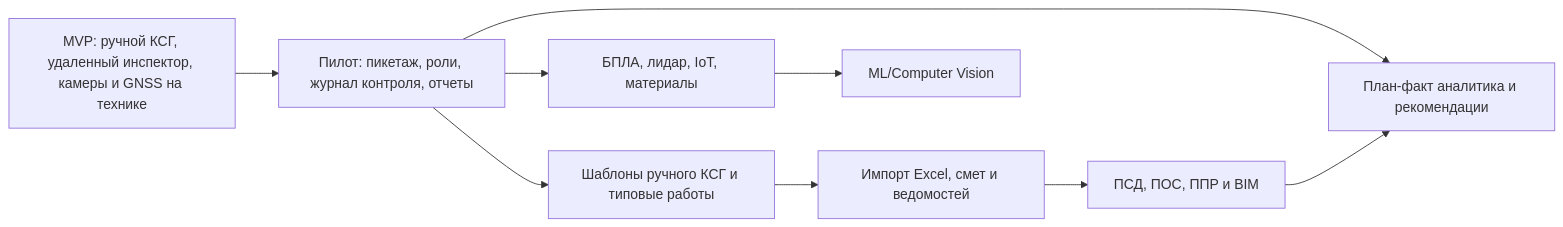
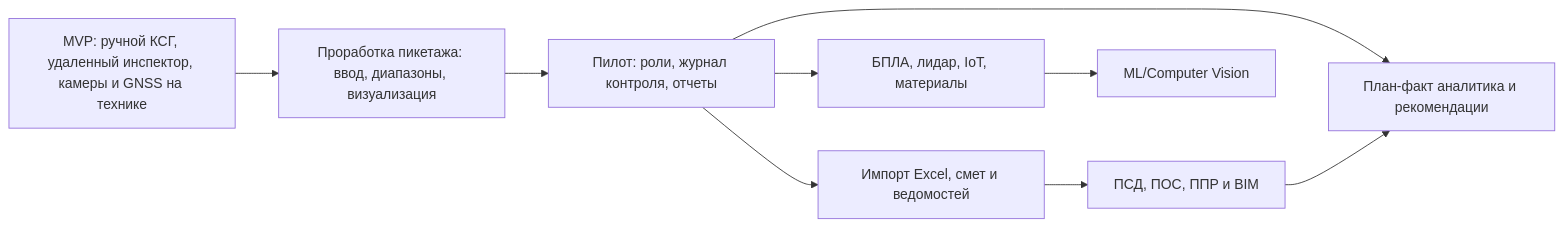
Before and after one commit to s21dlemanskiy/course-work: the diagram in 12-риски-и-развитие.md, drawn with Mermaid. The commit also changed other lines of this file and 10 other files, not shown here.

````diff
--- a/12-риски-и-развитие.md
+++ b/12-риски-и-развитие.md
@@ -29,20 +30,20 @@
 ```mermaid
 flowchart LR
     MVP[MVP: ручной КСГ, удаленный инспектор, камеры и GNSS на технике]
-    Pilot[Пилот: пикетаж, роли, журнал контроля, отчеты]
-    Templates[Шаблоны ручного КСГ и типовые работы]
+    PicketUX[Проработка пикетажа: ввод, диапазоны, визуализация]
+    Pilot[Пилот: роли, журнал контроля, отчеты]
     Import[Импорт Excel, смет и ведомостей]
     Docs[ПСД, ПОС, ППР и BIM]
     Analytics[План-факт аналитика и рекомендации]
     Sensors[БПЛА, лидар, IoT, материалы]
     ML[ML/Computer Vision]
 
-    MVP --> Pilot
-    Pilot --> Templates
-    Templates --> Import
+    MVP --> PicketUX
+    PicketUX --> Pilot
+    Pilot --> Import
     Import --> Docs
     Pilot --> Analytics
     Pilot --> Sensors
     Sensors --> ML
     Docs --> Analytics
 ```
````
